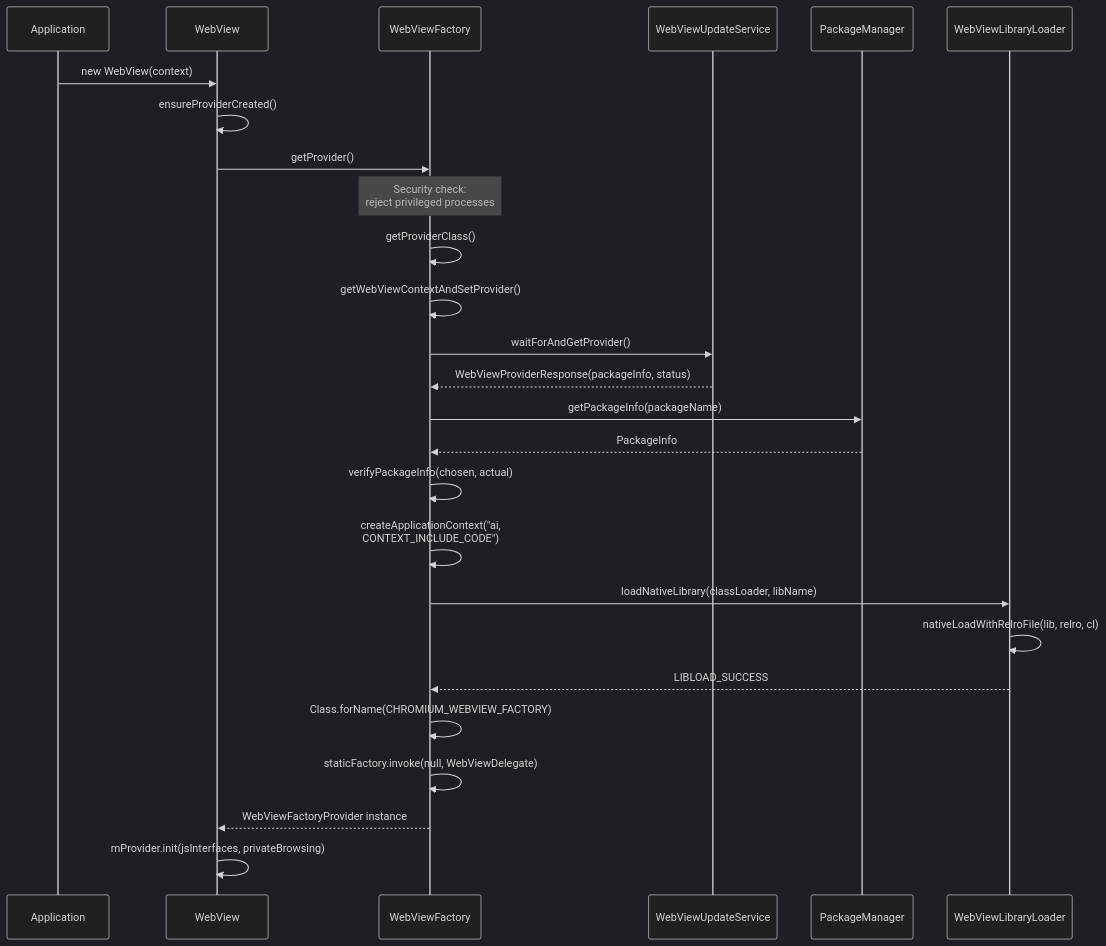
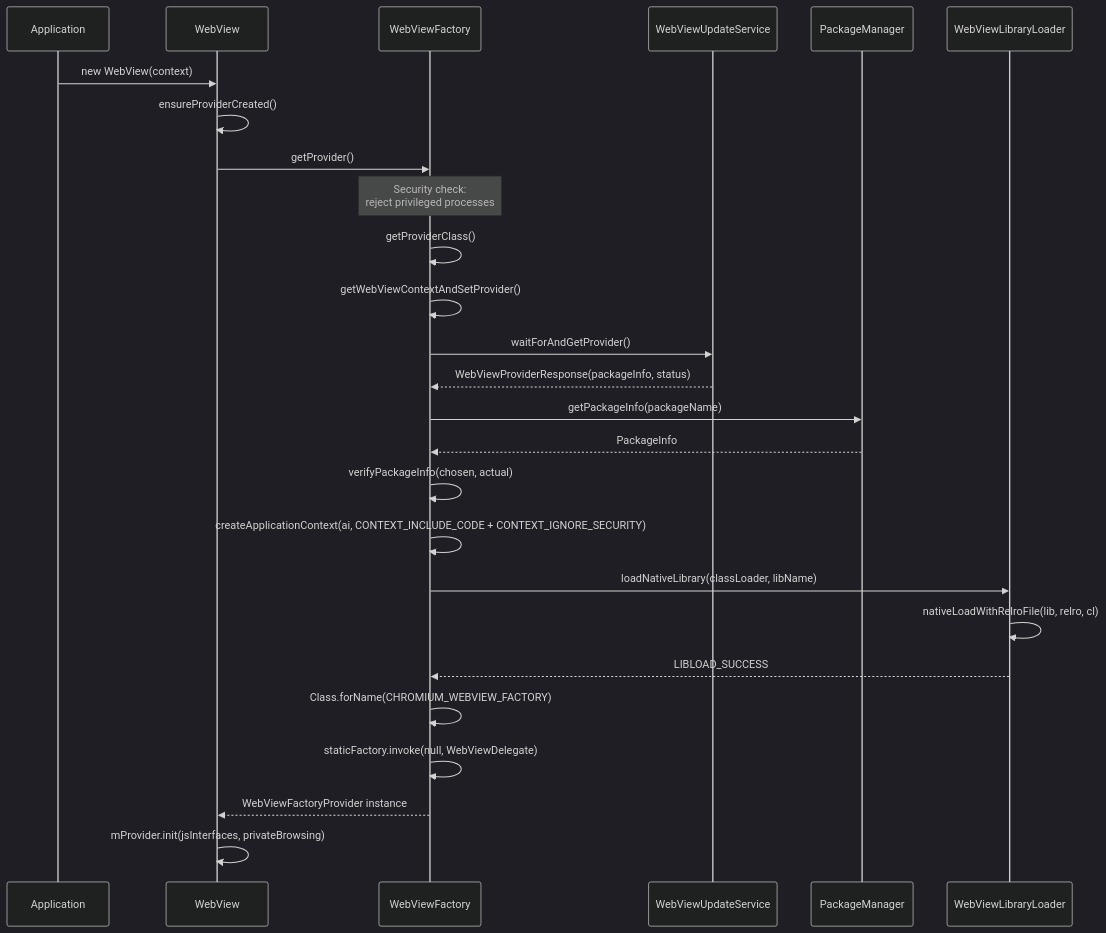
The third of 18 diagrams in agents/claude/skills/aosp-ui-framework/45-webview.md (aospbooks/aosp-internal-book), drawn with Mermaid (dark theme) before and after one commit. The commit also changed other lines of this file and 137 other files, not shown here.

````diff
--- a/agents/claude/skills/aosp-ui-framework/45-webview.md
+++ b/agents/claude/skills/aosp-ui-framework/45-webview.md
@@ -332,37 +332,37 @@
 ```mermaid
 sequenceDiagram
     participant App as Application
     participant WV as WebView
     participant WVF as WebViewFactory
     participant WVUS as WebViewUpdateService
     participant PM as PackageManager
     participant NL as WebViewLibraryLoader
 
     App->>WV: new WebView(context)
     WV->>WV: ensureProviderCreated()
     WV->>WVF: getProvider()
 
     Note over WVF: Security check:<br/>reject privileged processes
 
     WVF->>WVF: getProviderClass()
     WVF->>WVF: getWebViewContextAndSetProvider()
 
     WVF->>WVUS: waitForAndGetProvider()
     WVUS-->>WVF: WebViewProviderResponse(packageInfo, status)
 
     WVF->>PM: getPackageInfo(packageName)
     PM-->>WVF: PackageInfo
     WVF->>WVF: verifyPackageInfo(chosen, actual)
 
-    WVF->>WVF: createApplicationContext("ai,<br/>CONTEXT_INCLUDE_CODE")
+    WVF->>WVF: createApplicationContext(ai, CONTEXT_INCLUDE_CODE + CONTEXT_IGNORE_SECURITY)
 
     WVF->>NL: loadNativeLibrary(classLoader, libName)
     NL->>NL: nativeLoadWithRelroFile(lib, relro, cl)
     NL-->>WVF: LIBLOAD_SUCCESS
 
     WVF->>WVF: Class.forName(CHROMIUM_WEBVIEW_FACTORY)
     WVF->>WVF: staticFactory.invoke(null, WebViewDelegate)
     WVF-->>WV: WebViewFactoryProvider instance
 
     WV->>WV: mProvider.init(jsInterfaces, privateBrowsing)
 ```
````
